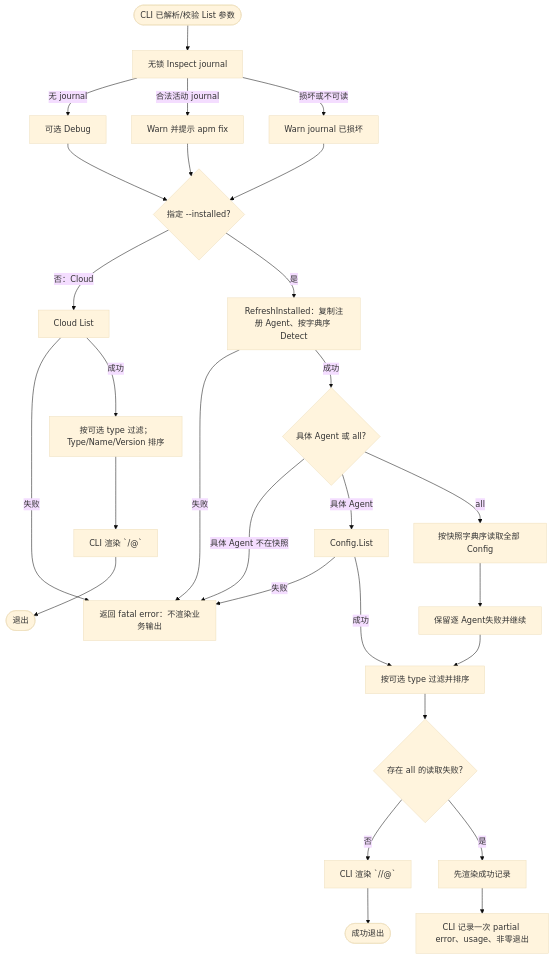
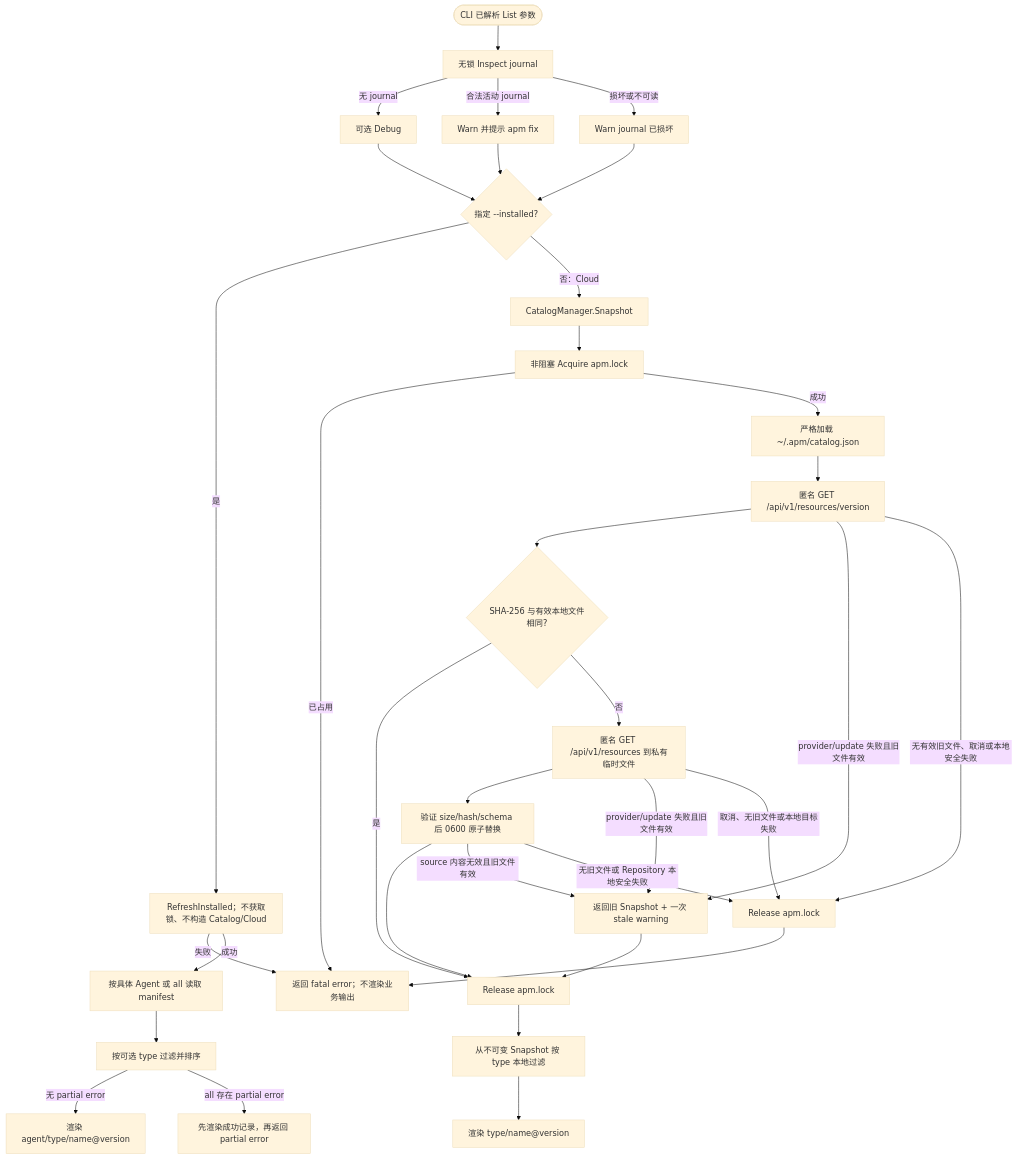
One commit to spacemit-com/agent-power-manager changed the diagram in ivory-tower/c4/components/apm-cli-lifecycle-diagrams/list.mmd. Above: the diagram before and after it, drawn with Mermaid (base theme). The commit also changed 17 other files, not shown here.

```diff
--- a/ivory-tower/c4/components/apm-cli-lifecycle-diagrams/list.mmd
+++ b/ivory-tower/c4/components/apm-cli-lifecycle-diagrams/list.mmd
@@ -1,27 +1,35 @@
 flowchart TD
-    ListStart([CLI 已解析/校验 List 参数]) --> Inspect[无锁 Inspect journal]
+    Start([CLI 已解析 List 参数]) --> Inspect[无锁 Inspect journal]
     Inspect -->|无 journal| Debug[可选 Debug]
-    Inspect -->|合法活动 journal| Warn[Warn 并提示 apm fix]
-    Inspect -->|损坏或不可读| Damaged[Warn journal 已损坏]
-    Debug --> ListInstalled{指定 --installed?}
-    Warn --> ListInstalled
-    Damaged --> ListInstalled
+    Inspect -->|合法活动 journal| WarnJournal[Warn 并提示 apm fix]
+    Inspect -->|损坏或不可读| WarnDamaged[Warn journal 已损坏]
+    Debug --> Mode{指定 --installed?}
+    WarnJournal --> Mode
+    WarnDamaged --> Mode
 
-    ListInstalled -->|否：Cloud| CloudList[Cloud List]
-    CloudList -->|失败| Fatal[返回 fatal error：不渲染业务输出]
-    CloudList -->|成功| CloudCompute[按可选 type 过滤；Type/Name/Version 排序]
-    CloudCompute --> CloudRender[CLI 渲染 `<type>/<name>@<version>`] --> CloudExit([退出])
+    Mode -->|是| Refresh[RefreshInstalled；不获取锁、不构造 Catalog/Cloud]
+    Refresh -->|失败| Fatal[返回 fatal error；不渲染业务输出]
+    Refresh -->|成功| ReadManifest[按具体 Agent 或 all 读取 manifest]
+    ReadManifest --> InstalledCompute[按可选 type 过滤并排序]
+    InstalledCompute -->|无 partial error| InstalledRender[渲染 agent/type/name@version]
+    InstalledCompute -->|all 存在 partial error| PartialRender[先渲染成功记录，再返回 partial error]
 
-    ListInstalled -->|是| Refresh[RefreshInstalled：复制注册 Agent、按字典序 Detect]
-    Refresh -->|失败| Fatal
-    Refresh -->|成功| Select{具体 Agent 或 all?}
-    Select -->|具体 Agent 不在快照| Fatal
-    Select -->|具体 Agent| ReadOne[Config.List]
-    ReadOne -->|失败| Fatal
-    ReadOne -->|成功| InstalledCompute[按可选 type 过滤并排序]
-    Select -->|all| ReadAll[按快照字典序读取全部 Config]
-    ReadAll --> PartialStore[保留逐 Agent失败并继续]
-    PartialStore --> InstalledCompute
-    InstalledCompute --> HasPartial{存在 all 的读取失败?}
-    HasPartial -->|否| InstalledRender[CLI 渲染 `<agent>/<type>/<name>@<version>`] --> InstalledExit([成功退出])
-    HasPartial -->|是| PartialRender[先渲染成功记录] --> PartialError[CLI 记录一次 partial error、usage、非零退出]
+    Mode -->|否：Cloud| Snapshot[CatalogManager.Snapshot]
+    Snapshot --> TryLock[非阻塞 Acquire apm.lock]
+    TryLock -->|已占用| Fatal
+    TryLock -->|成功| Load[严格加载 ~/.apm/catalog.json]
+    Load --> Version[匿名 GET /api/v1/resources/version]
+    Version --> Same{SHA-256 与有效本地文件相同?}
+    Same -->|是| Release[Release apm.lock]
+    Same -->|否| Download[匿名 GET /api/v1/resources 到私有临时文件]
+    Download --> Verify[验证 size/hash/schema 后 0600 原子替换]
+    Verify --> Release
+    Version -->|provider/update 失败且旧文件有效| Stale[返回旧 Snapshot + 一次 stale warning] --> Release
+    Download -->|provider/update 失败且旧文件有效| Stale
+    Verify -->|source 内容无效且旧文件有效| Stale
+    Version -->|无有效旧文件、取消或本地安全失败| ReleaseError[Release apm.lock]
+    Download -->|取消、无旧文件或本地目标失败| ReleaseError
+    Verify -->|无旧文件或 Repository 本地安全失败| ReleaseError
+    ReleaseError --> Fatal
+    Release --> Filter[从不可变 Snapshot 按 type 本地过滤]
+    Filter --> CloudRender[渲染 type/name@version]
```
